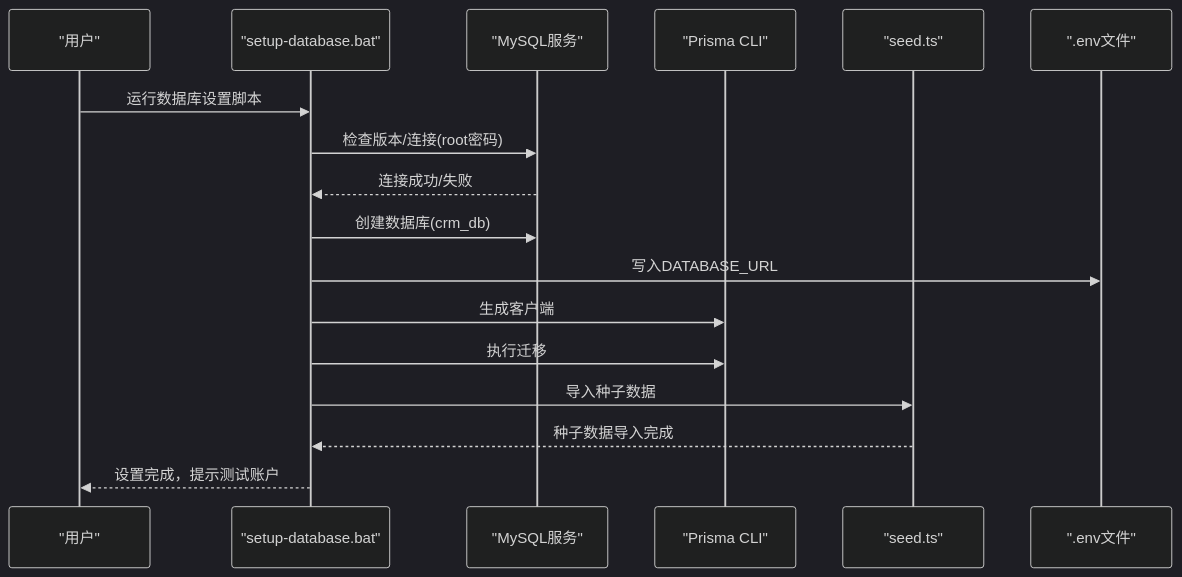
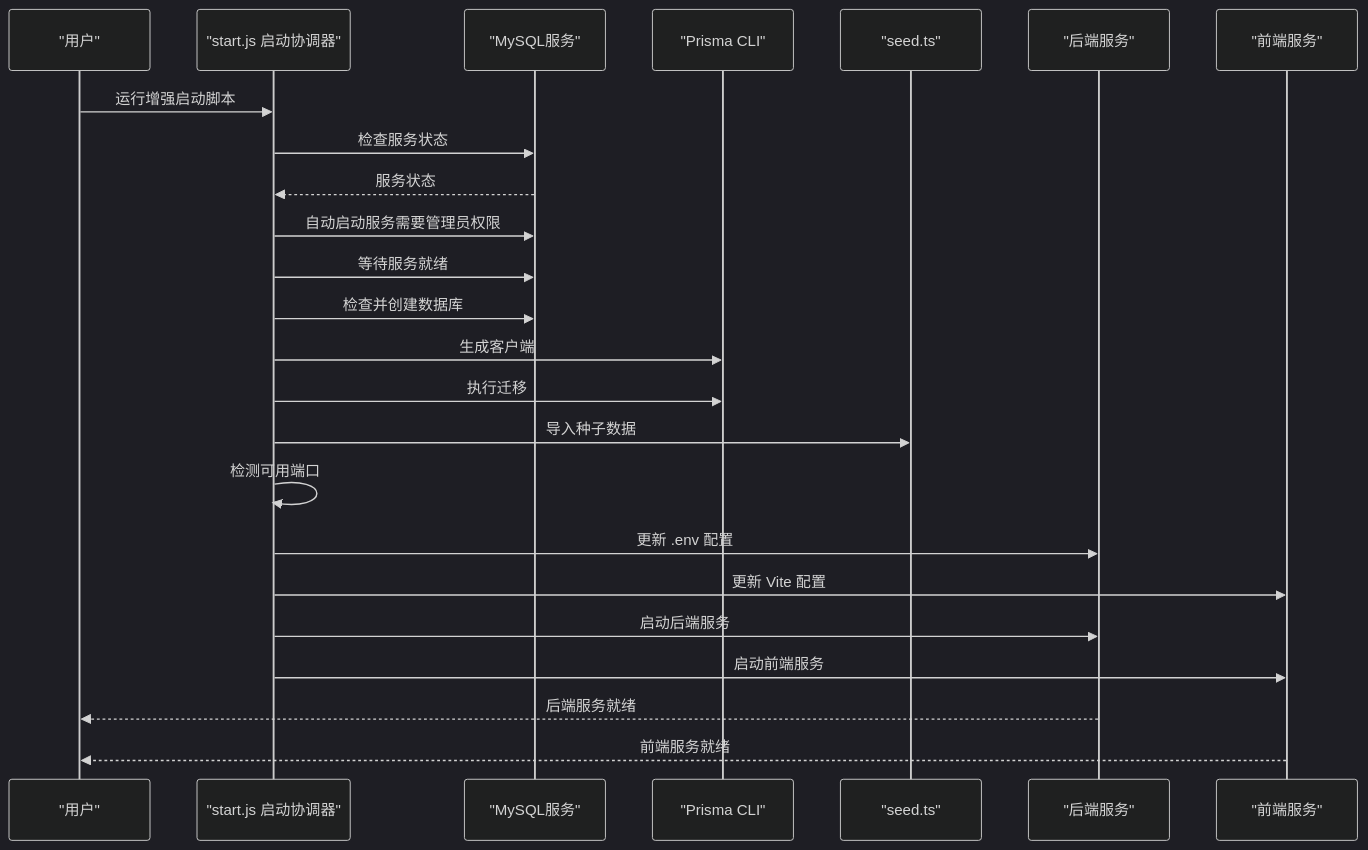
One commit to xianjianshenqu/SalesFlow-CRM changed the second of 9 diagrams in .qoder/repowiki/zh/content/开发指南/数据库设置自动化脚本.md. Above: the diagram before and after it, drawn with Mermaid (dark theme). The commit also changed other lines of this file and 2 other files, not shown here.

````diff
--- a/.qoder/repowiki/zh/content/开发指南/数据库设置自动化脚本.md
+++ b/.qoder/repowiki/zh/content/开发指南/数据库设置自动化脚本.md
@@ -93,19 +109,26 @@
 ```mermaid
 sequenceDiagram
 participant User as "用户"
-participant Setup as "setup-database.bat"
+participant StartJS as "start.js 启动协调器"
 participant MySQL as "MySQL服务"
 participant Prisma as "Prisma CLI"
 participant Seed as "seed.ts"
-participant Env as ".env文件"
-User->>Setup : 运行数据库设置脚本
-Setup->>MySQL : 检查版本/连接(root密码)
-MySQL-->>Setup : 连接成功/失败
-Setup->>MySQL : 创建数据库(crm_db)
-Setup->>Env : 写入DATABASE_URL
-Setup->>Prisma : 生成客户端
-Setup->>Prisma : 执行迁移
-Setup->>Seed : 导入种子数据
-Seed-->>Setup : 种子数据导入完成
-Setup-->>User : 设置完成，提示测试账户
+participant Backend as "后端服务"
+participant Frontend as "前端服务"
+User->>StartJS : 运行增强启动脚本
+StartJS->>MySQL : 检查服务状态
+MySQL-->>StartJS : 服务状态
+StartJS->>MySQL : 自动启动服务需要管理员权限
+StartJS->>MySQL : 等待服务就绪
+StartJS->>MySQL : 检查并创建数据库
+StartJS->>Prisma : 生成客户端
+StartJS->>Prisma : 执行迁移
+StartJS->>Seed : 导入种子数据
+StartJS->>StartJS : 检测可用端口
+StartJS->>Backend : 更新 .env 配置
+StartJS->>Frontend : 更新 Vite 配置
+StartJS->>Backend : 启动后端服务
+StartJS->>Frontend : 启动前端服务
+Backend-->>User : 后端服务就绪
+Frontend-->>User : 前端服务就绪
 ```
````
